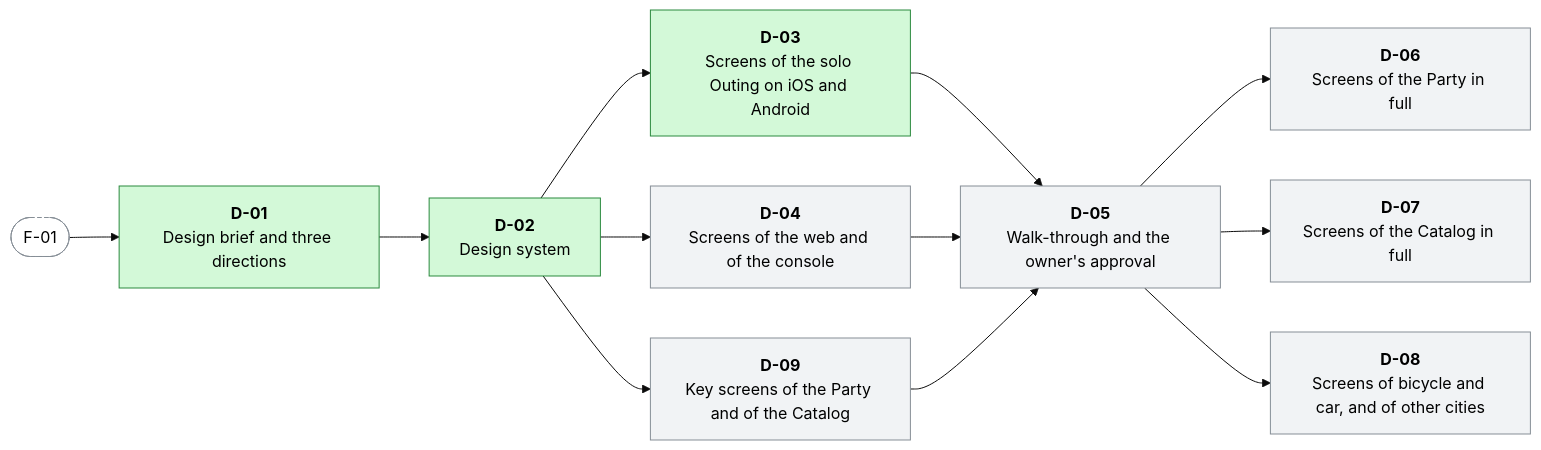
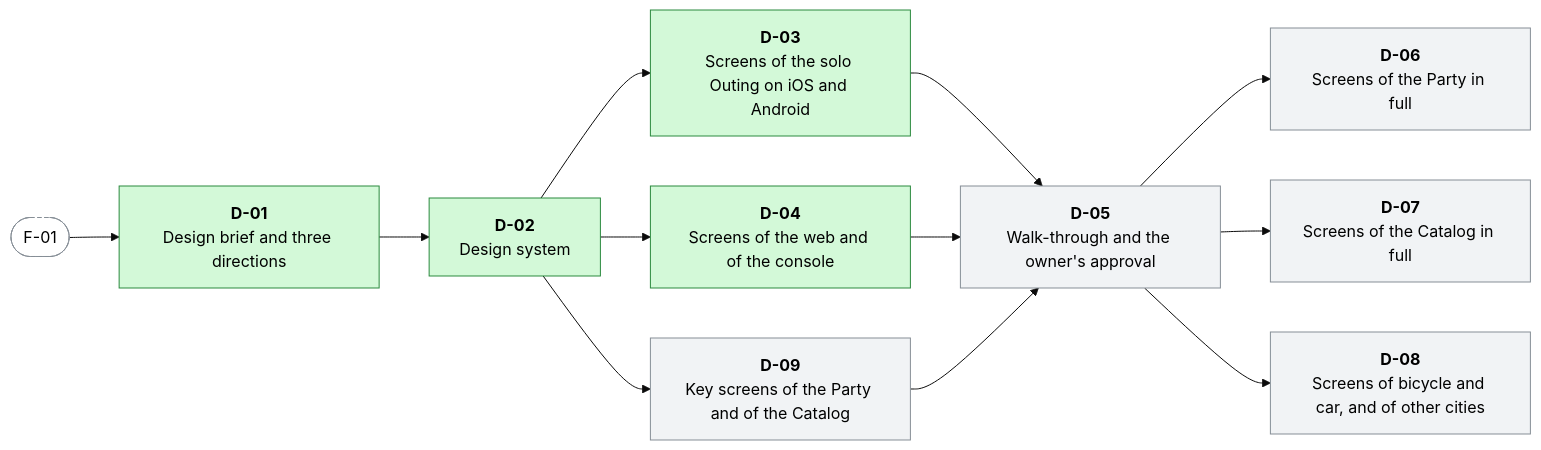
One commit to menisika/Smart-Tour-Guide-and-Itinerary-Planner changed the second of 17 diagrams in docs/WORK-PLAN.md. Above: the diagram before and after it, drawn with Mermaid (base theme). The commit also changed other lines of this file and 38 other files, not shown here.

First line of the commit message:
feat(design): draw the public web and the console (#5)

````diff
--- a/docs/WORK-PLAN.md
+++ b/docs/WORK-PLAN.md
@@ -272,29 +272,29 @@
 ```mermaid
 flowchart LR
   classDef done fill:#d3f9d8,stroke:#2b8a3e,color:#000
   classDef progress fill:#fff3bf,stroke:#e67700,color:#000
   classDef blocked fill:#ffe3e3,stroke:#c92a2a,color:#000
   classDef todo fill:#f1f3f5,stroke:#868e96,color:#000
   classDef outside fill:#ffffff,stroke:#868e96,stroke-dasharray:4 3,color:#000
   D_01["<b>D-01</b><br/>Design brief and three directions"]:::done
   D_02["<b>D-02</b><br/>Design system"]:::done
   D_03["<b>D-03</b><br/>Screens of the solo Outing on iOS and Android"]:::done
-  D_04["<b>D-04</b><br/>Screens of the web and of the console"]:::todo
+  D_04["<b>D-04</b><br/>Screens of the web and of the console"]:::done
   D_09["<b>D-09</b><br/>Key screens of the Party and of the Catalog"]:::todo
   D_05["<b>D-05</b><br/>Walk-through and the owner's approval"]:::todo
   D_06["<b>D-06</b><br/>Screens of the Party in full"]:::todo
   D_07["<b>D-07</b><br/>Screens of the Catalog in full"]:::todo
   D_08["<b>D-08</b><br/>Screens of bicycle and car, and of other cities"]:::todo
   F_01(["F-01"]):::outside
   F_01 --> D_01
   D_01 --> D_02
   D_02 --> D_03
   D_02 --> D_04
   D_02 --> D_09
   D_03 --> D_05
   D_04 --> D_05
   D_09 --> D_05
   D_05 --> D_06
   D_05 --> D_07
   D_05 --> D_08
 ```
````
